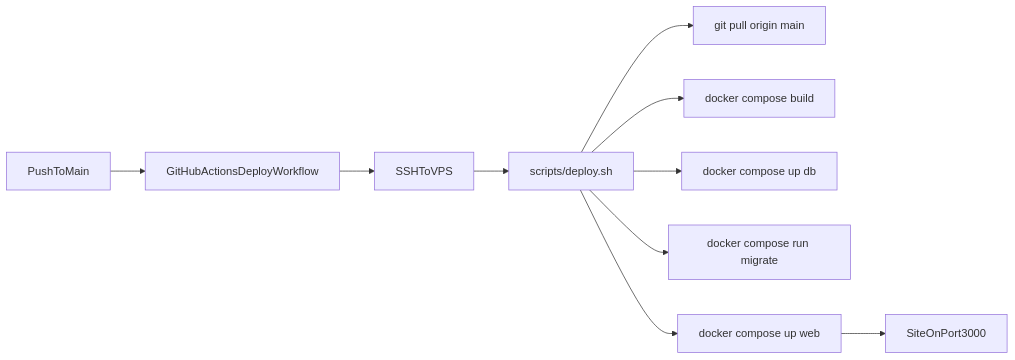
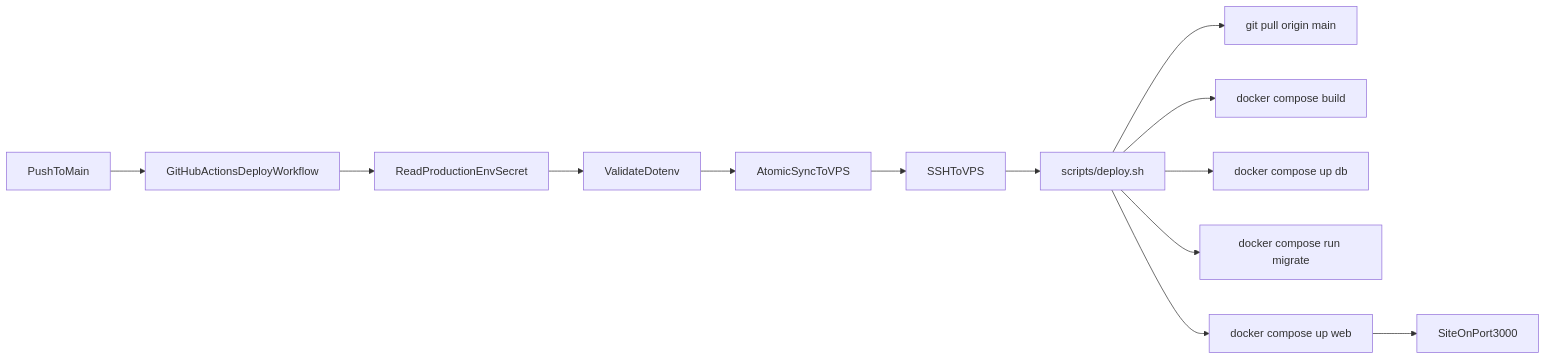
The diagram in docs/deploy-architecture.md (QJW524/personal-system), drawn with Mermaid before and after one commit. The commit also changed other lines of this file and 6 other files, not shown here.

Commit message:
automate production env sync

````diff
--- a/docs/deploy-architecture.md
+++ b/docs/deploy-architecture.md
@@ -7,12 +7,15 @@
 ```mermaid
 flowchart LR
   devPush[PushToMain] --> gha[GitHubActionsDeployWorkflow]
-  gha --> sshLogin[SSHToVPS]
+  gha --> envSecret[ReadProductionEnvSecret]
+  envSecret --> envValidate[ValidateDotenv]
+  envValidate --> envSync[AtomicSyncToVPS]
+  envSync --> sshLogin[SSHToVPS]
   sshLogin --> deploySh[scripts/deploy.sh]
   deploySh --> gitPull[git pull origin main]
   deploySh --> composeBuild[docker compose build]
   deploySh --> dbUp[docker compose up db]
   deploySh --> migrateRun[docker compose run migrate]
   deploySh --> webUp[docker compose up web]
   webUp --> site[SiteOnPort3000]
 ```
````
